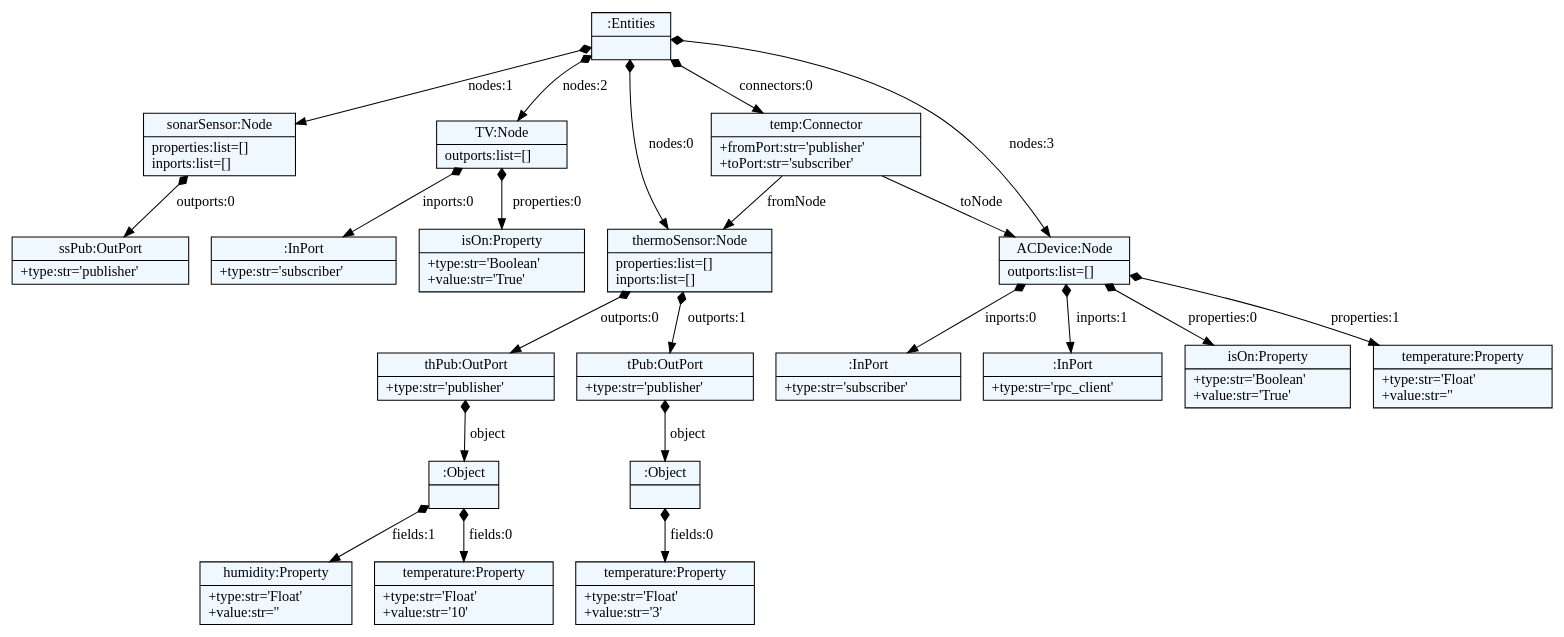
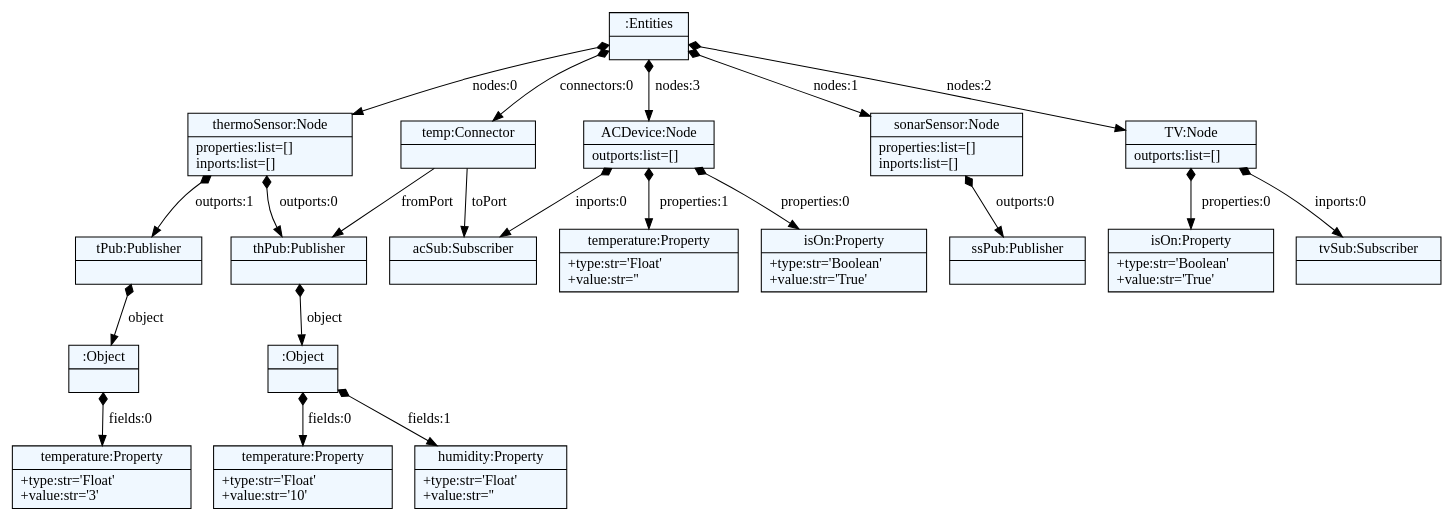
The diagram in nodem/models/nodes.dot (xanthoko/meco), drawn with Graphviz before and after one commit. The commit also changed 3 other files, not shown here.

```diff
--- a/nodem/models/nodes.dot
+++ b/nodem/models/nodes.dot
@@ -1,56 +1,54 @@
 
     digraph textX {
     fontname = "Bitstream Vera Sans"
     fontsize = 8
     node[
         shape=record,
         style=filled,
         fillcolor=aliceblue
     ]
     nodesep = 0.3
     edge[dir=black,arrowtail=empty]
 
 
-4368901840 -> 4368902752 [label="nodes:0" arrowtail=diamond dir=both]
-4368902752 -> 4368903520 [label="outports:0" arrowtail=diamond dir=both]
-4368903520 -> 4368902656 [label="object" arrowtail=diamond dir=both]
-4368902656 -> 4368902320 [label="fields:0" arrowtail=diamond dir=both]
-4368902320[label="{temperature:Property|+type:str='Float'\l+value:str='10'\l}"]
-4368902656 -> 4368902368 [label="fields:1" arrowtail=diamond dir=both]
-4368902368[label="{humidity:Property|+type:str='Float'\l+value:str=''\l}"]
-4368902656[label="{:Object|}"]
-4368903520[label="{thPub:OutPort|+type:str='publisher'\l}"]
-4368902752 -> 4368903952 [label="outports:1" arrowtail=diamond dir=both]
-4368903952 -> 4368901744 [label="object" arrowtail=diamond dir=both]
-4368901744 -> 4368900592 [label="fields:0" arrowtail=diamond dir=both]
-4368900592[label="{temperature:Property|+type:str='Float'\l+value:str='3'\l}"]
-4368901744[label="{:Object|}"]
-4368903952[label="{tPub:OutPort|+type:str='publisher'\l}"]
-4368902752[label="{thermoSensor:Node|properties:list=[]\linports:list=[]\l}"]
-4368901840 -> 4368901408 [label="nodes:1" arrowtail=diamond dir=both]
-4368901408 -> 4368902416 [label="outports:0" arrowtail=diamond dir=both]
-4368902416[label="{ssPub:OutPort|+type:str='publisher'\l}"]
-4368901408[label="{sonarSensor:Node|properties:list=[]\linports:list=[]\l}"]
-4368901840 -> 4368903184 [label="nodes:2" arrowtail=diamond dir=both]
-4368903184 -> 4368900256 [label="properties:0" arrowtail=diamond dir=both]
-4368900256[label="{isOn:Property|+type:str='Boolean'\l+value:str='True'\l}"]
-4368903184 -> 4368901120 [label="inports:0" arrowtail=diamond dir=both]
-4368901120[label="{:InPort|+type:str='subscriber'\l}"]
-4368903184[label="{TV:Node|outports:list=[]\l}"]
-4368901840 -> 4368903904 [label="nodes:3" arrowtail=diamond dir=both]
-4368903904 -> 4368904096 [label="properties:0" arrowtail=diamond dir=both]
-4368904096[label="{isOn:Property|+type:str='Boolean'\l+value:str='True'\l}"]
-4368903904 -> 4368903760 [label="properties:1" arrowtail=diamond dir=both]
-4368903760[label="{temperature:Property|+type:str='Float'\l+value:str=''\l}"]
-4368903904 -> 4368903328 [label="inports:0" arrowtail=diamond dir=both]
-4368903328[label="{:InPort|+type:str='subscriber'\l}"]
-4368903904 -> 4368901648 [label="inports:1" arrowtail=diamond dir=both]
-4368901648[label="{:InPort|+type:str='rpc_client'\l}"]
-4368903904[label="{ACDevice:Node|outports:list=[]\l}"]
-4368901840 -> 4368900208 [label="connectors:0" arrowtail=diamond dir=both]
-4368900208 -> 4368902752 [label="fromNode" ]
-4368900208 -> 4368903904 [label="toNode" ]
-4368900208[label="{temp:Connector|+fromPort:str='publisher'\l+toPort:str='subscriber'\l}"]
-4368901840[label="{:Entities|}"]
+4475618304 -> 4475687072 [label="nodes:0" arrowtail=diamond dir=both]
+4475687072 -> 4475687216 [label="outports:0" arrowtail=diamond dir=both]
+4475687216 -> 4475687360 [label="object" arrowtail=diamond dir=both]
+4475687360 -> 4475687552 [label="fields:0" arrowtail=diamond dir=both]
+4475687552[label="{temperature:Property|+type:str='Float'\l+value:str='10'\l}"]
+4475687360 -> 4475687600 [label="fields:1" arrowtail=diamond dir=both]
+4475687600[label="{humidity:Property|+type:str='Float'\l+value:str=''\l}"]
+4475687360[label="{:Object|}"]
+4475687216[label="{thPub:Publisher|}"]
+4475687072 -> 4475687312 [label="outports:1" arrowtail=diamond dir=both]
+4475687312 -> 4475687696 [label="object" arrowtail=diamond dir=both]
+4475687696 -> 4475687888 [label="fields:0" arrowtail=diamond dir=both]
+4475687888[label="{temperature:Property|+type:str='Float'\l+value:str='3'\l}"]
+4475687696[label="{:Object|}"]
+4475687312[label="{tPub:Publisher|}"]
+4475687072[label="{thermoSensor:Node|properties:list=[]\linports:list=[]\l}"]
+4475618304 -> 4475687456 [label="nodes:1" arrowtail=diamond dir=both]
+4475687456 -> 4475687648 [label="outports:0" arrowtail=diamond dir=both]
+4475687648[label="{ssPub:Publisher|}"]
+4475687456[label="{sonarSensor:Node|properties:list=[]\linports:list=[]\l}"]
+4475618304 -> 4475687120 [label="nodes:2" arrowtail=diamond dir=both]
+4475687120 -> 4475687936 [label="properties:0" arrowtail=diamond dir=both]
+4475687936[label="{isOn:Property|+type:str='Boolean'\l+value:str='True'\l}"]
+4475687120 -> 4475687984 [label="inports:0" arrowtail=diamond dir=both]
+4475687984[label="{tvSub:Subscriber|}"]
+4475687120[label="{TV:Node|outports:list=[]\l}"]
+4475618304 -> 4475687168 [label="nodes:3" arrowtail=diamond dir=both]
+4475687168 -> 4475688128 [label="properties:0" arrowtail=diamond dir=both]
+4475688128[label="{isOn:Property|+type:str='Boolean'\l+value:str='True'\l}"]
+4475687168 -> 4475688176 [label="properties:1" arrowtail=diamond dir=both]
+4475688176[label="{temperature:Property|+type:str='Float'\l+value:str=''\l}"]
+4475687168 -> 4475688224 [label="inports:0" arrowtail=diamond dir=both]
+4475688224[label="{acSub:Subscriber|}"]
+4475687168[label="{ACDevice:Node|outports:list=[]\l}"]
+4475618304 -> 4475687840 [label="connectors:0" arrowtail=diamond dir=both]
+4475687840 -> 4475687216 [label="fromPort" ]
+4475687840 -> 4475688224 [label="toPort" ]
+4475687840[label="{temp:Connector|}"]
+4475618304[label="{:Entities|}"]
 
 }
```
